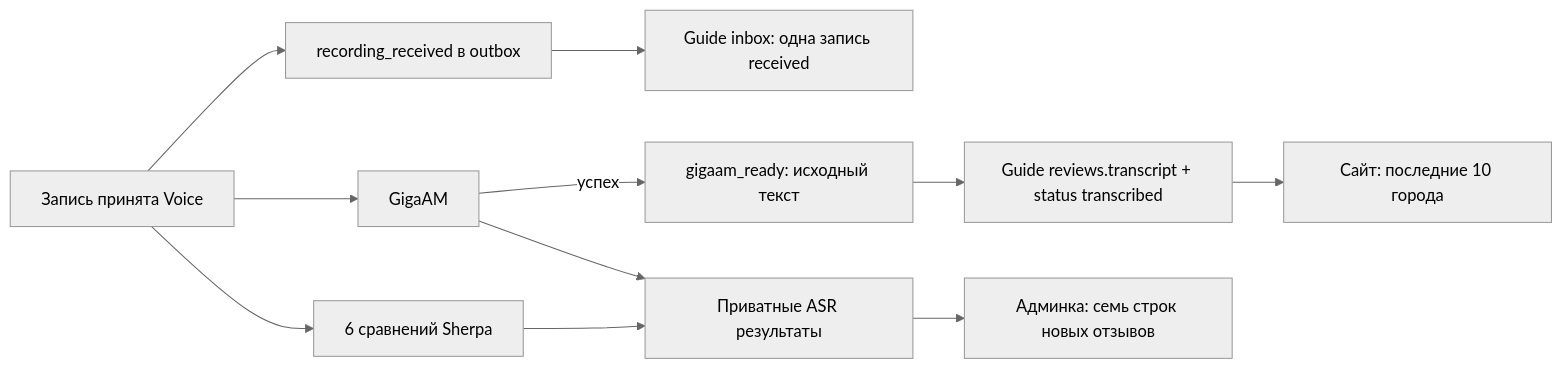
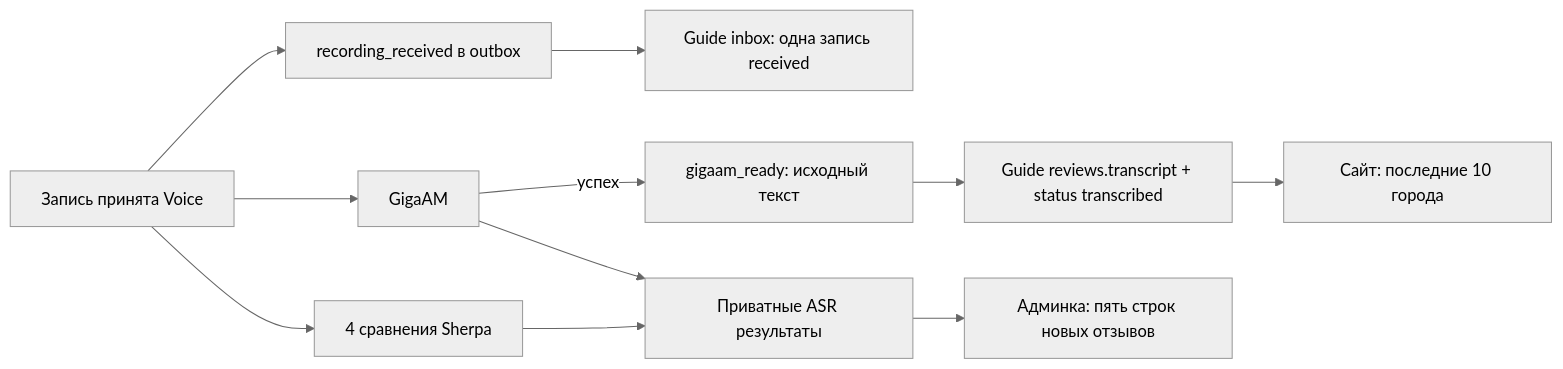
One commit to involtax/involta-guide changed the diagram in docs/ADMIN_REVIEWS.md. Above: the diagram before and after it, drawn with Mermaid (neutral theme). The commit also changed other lines of this file and 36 other files, not shown here.

````diff
--- a/docs/ADMIN_REVIEWS.md
+++ b/docs/ADMIN_REVIEWS.md
@@ -38,13 +38,13 @@
 ```mermaid
 flowchart LR
     A[Запись принята Voice] --> R[recording_received в outbox]
     R --> I[Guide inbox: одна запись received]
     A --> G[GigaAM]
-    A --> S[6 сравнений Sherpa]
+    A --> S[4 сравнения Sherpa]
     G -->|успех| E[gigaam_ready: исходный текст]
     E --> T[Guide reviews.transcript + status transcribed]
     T --> W[Сайт: последние 10 города]
     G --> C[Приватные ASR результаты]
     S --> C
-    C --> UI[Админка: семь строк новых отзывов]
+    C --> UI[Админка: пять строк новых отзывов]
 ```
````
